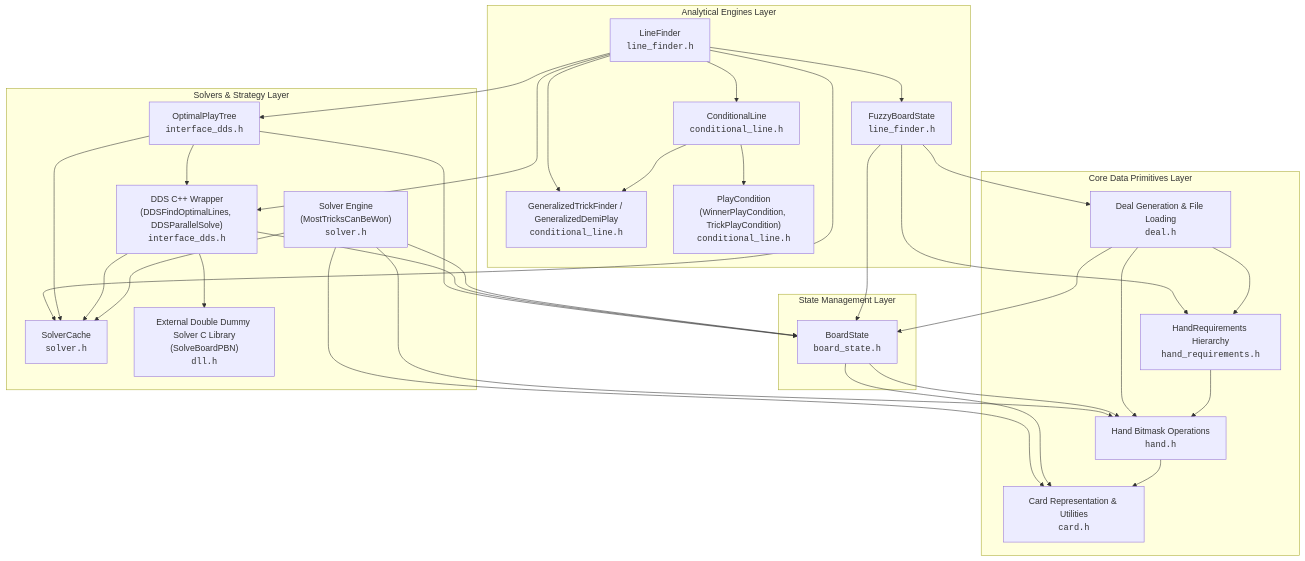
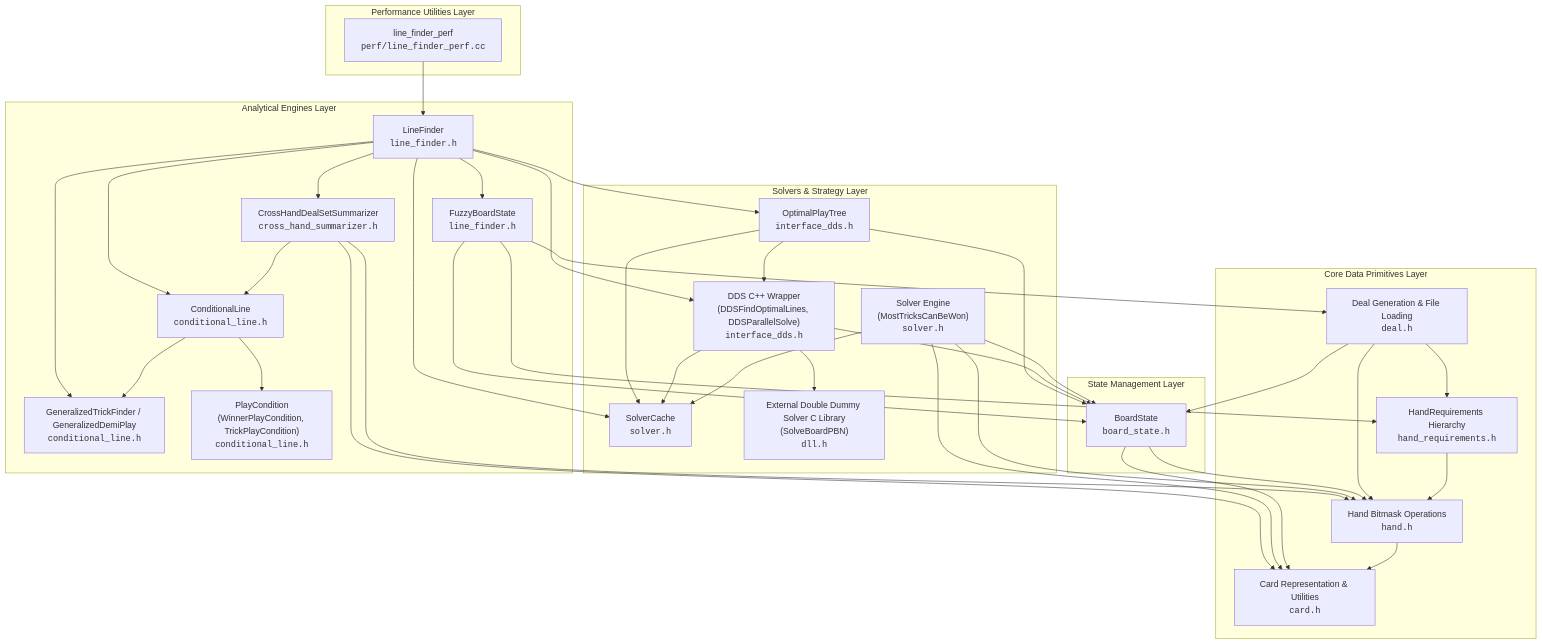
One commit to mflaster/bridge-high-line changed the first of 2 diagrams in docs/architecture.md. Above: the diagram before and after it, drawn with Mermaid. The commit also changed other lines of this file and 1 other file, not shown here.

Commit message:
docs: update architecture specification and sync README links

````diff
--- a/docs/architecture.md
+++ b/docs/architecture.md
@@ -11,67 +11,79 @@
 ```mermaid
 flowchart TB
     subgraph AnalyticalEngines["Analytical Engines Layer"]
         LF["LineFinder<br/><code>line_finder.h</code>"]
         FBS["FuzzyBoardState<br/><code>line_finder.h</code>"]
         CL["ConditionalLine<br/><code>conditional_line.h</code>"]
         GTF["GeneralizedTrickFinder / GeneralizedDemiPlay<br/><code>conditional_line.h</code>"]
         PC["PlayCondition<br/>(WinnerPlayCondition, TrickPlayCondition)<br/><code>conditional_line.h</code>"]
+        CHDS["CrossHandDealSetSummarizer<br/><code>cross_hand_summarizer.h</code>"]
+    end
+
+    subgraph PerfUtils["Performance Utilities Layer"]
+        LFP["line_finder_perf<br/><code>perf/line_finder_perf.cc</code>"]
     end
 
     subgraph SolversLayer["Solvers & Strategy Layer"]
         OPT["OptimalPlayTree<br/><code>interface_dds.h</code>"]
         IDDS["DDS C++ Wrapper<br/>(DDSFindOptimalLines, DDSParallelSolve)<br/><code>interface_dds.h</code>"]
         MTCW["Solver Engine<br/>(MostTricksCanBeWon)<br/><code>solver.h</code>"]
         SC["SolverCache<br/><code>solver.h</code>"]
         EXTDDS["External Double Dummy Solver C Library<br/>(SolveBoardPBN)<br/><code>dll.h</code>"]
     end
 
     subgraph StateManagement["State Management Layer"]
         BS["BoardState<br/><code>board_state.h</code>"]
     end
 
     subgraph CorePrimitives["Core Data Primitives Layer"]
         CARD["Card Representation & Utilities<br/><code>card.h</code>"]
         HAND["Hand Bitmask Operations<br/><code>hand.h</code>"]
         HR["HandRequirements Hierarchy<br/><code>hand_requirements.h</code>"]
         DEAL["Deal Generation & File Loading<br/><code>deal.h</code>"]
     end
 
     %% Dependencies & Interaction Paths
+    LFP --> LF
+
     LF --> FBS
     LF --> OPT
     LF --> IDDS
     LF --> SC
     LF --> GTF
     LF --> CL
+    LF --> CHDS
+
+    CHDS --> CL
+    CHDS --> HAND
+    CHDS --> CARD
 
     FBS --> HR
     FBS --> DEAL
     FBS --> BS
 
     CL --> PC
     CL --> GTF
 
     OPT --> BS
     OPT --> SC
     OPT --> IDDS
 
     IDDS --> BS
     IDDS --> SC
     IDDS --> EXTDDS
 
     MTCW --> BS
     MTCW --> SC
     MTCW --> CARD
     MTCW --> HAND
 
     BS --> CARD
     BS --> HAND
 
     DEAL --> BS
     DEAL --> HAND
     DEAL --> HR
 
     HR --> HAND
     HAND --> CARD
 ```
````
